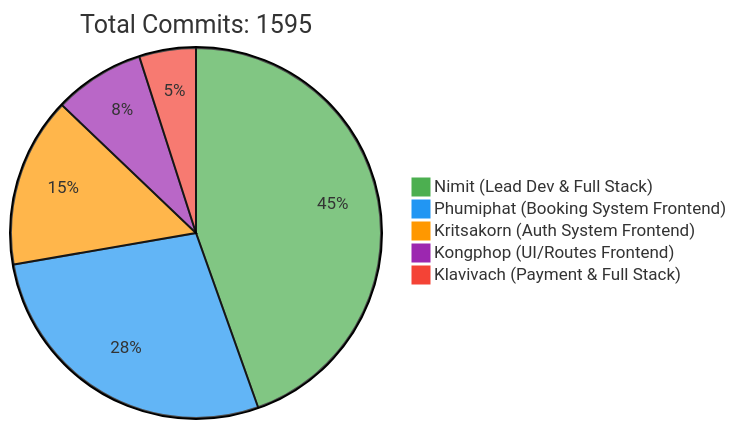
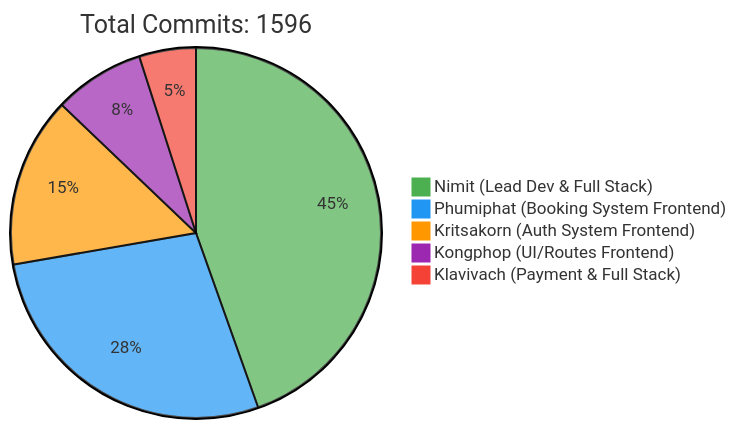
The first of 2 diagrams in README.md (6531503042/Sport-Complex), drawn with Mermaid before and after one commit. The commit also changed other lines of this file, not shown here.

Commit message:
docs: Update contributor statistics [skip ci]

````diff
--- a/README.md
+++ b/README.md
@@ -257,10 +257,10 @@
 ```mermaid
 %%{init: {'theme': 'base', 'themeVariables': { 'pie1': '#4CAF50', 'pie2': '#2196F3', 'pie3': '#FF9800', 'pie4': '#9C27B0', 'pie5': '#F44336'}}}%%
 pie
-    title Total Commits: 1595
+    title Total Commits: 1596
     "Nimit (Lead Dev & Full Stack)" : 450
     "Phumiphat (Booking System Frontend)" : 280
     "Kritsakorn (Auth System Frontend)" : 150
     "Kongphop (UI/Routes Frontend)" : 80
     "Klavivach (Payment & Full Stack)" : 50
 ```
````
